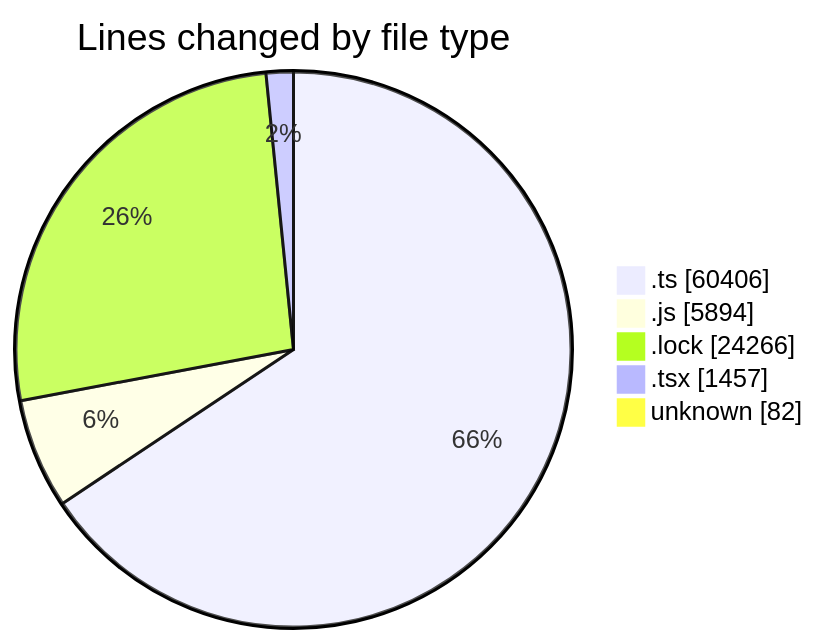
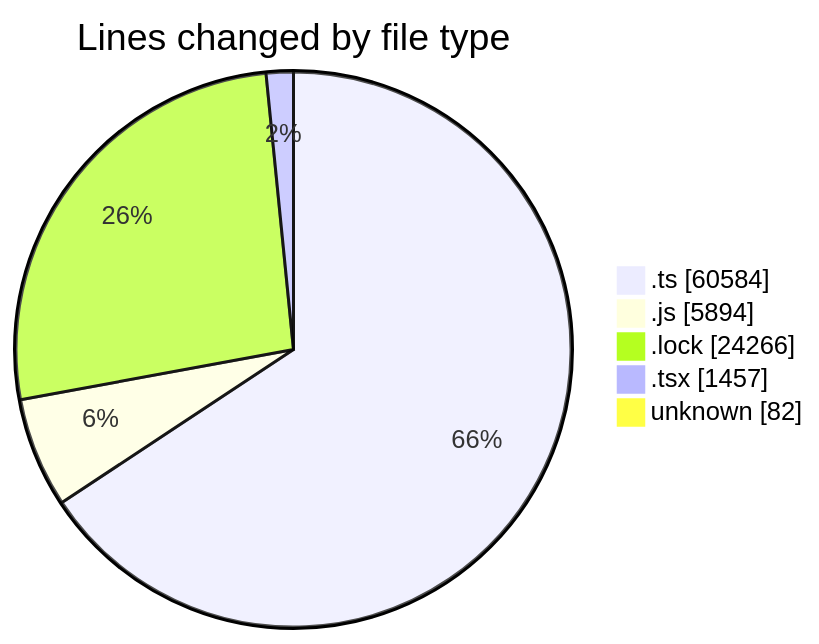
The first of 2 diagrams in 2025-08-14/cda/README.md (momahboobian/code-tracking), drawn with Mermaid before and after one commit. The commit also changed other lines of this file and 1 other file, not shown here.

````diff
--- a/2025-08-14/cda/README.md
+++ b/2025-08-14/cda/README.md
@@ -38,9 +38,9 @@
 ```mermaid
 pie showData
 title Lines changed by file type
-".ts" : 60406
+".ts" : 60584
 ".js" : 5894
 ".lock" : 24266
 ".tsx" : 1457
 "unknown" : 82
 ```
````
